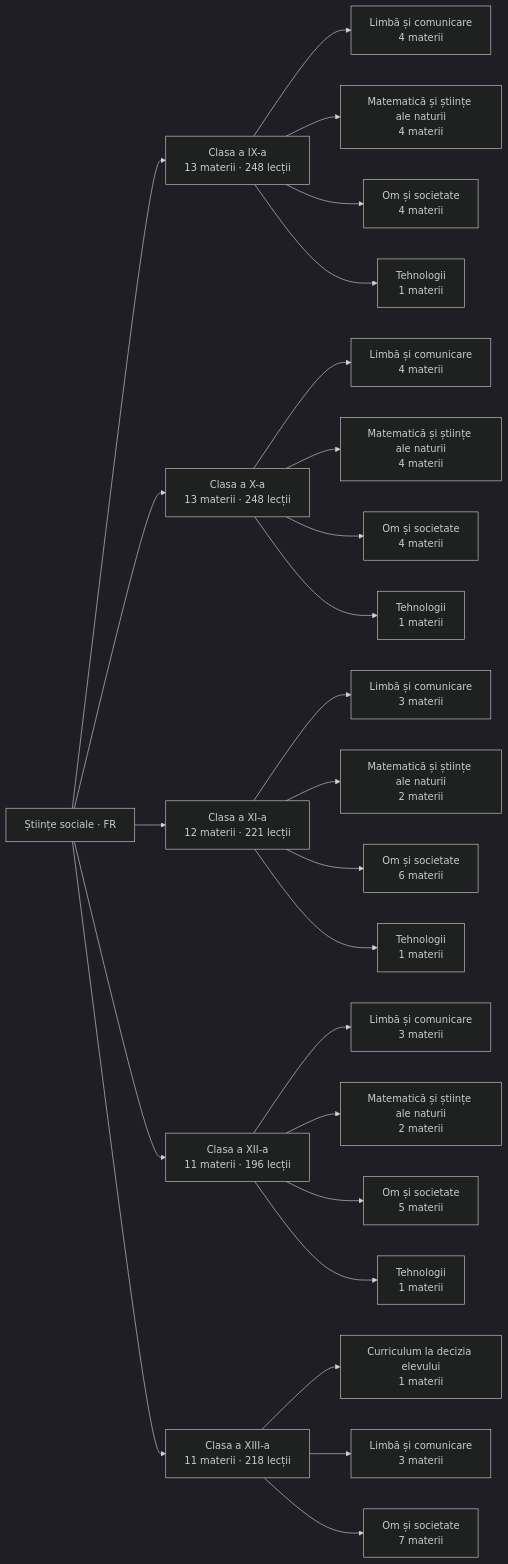
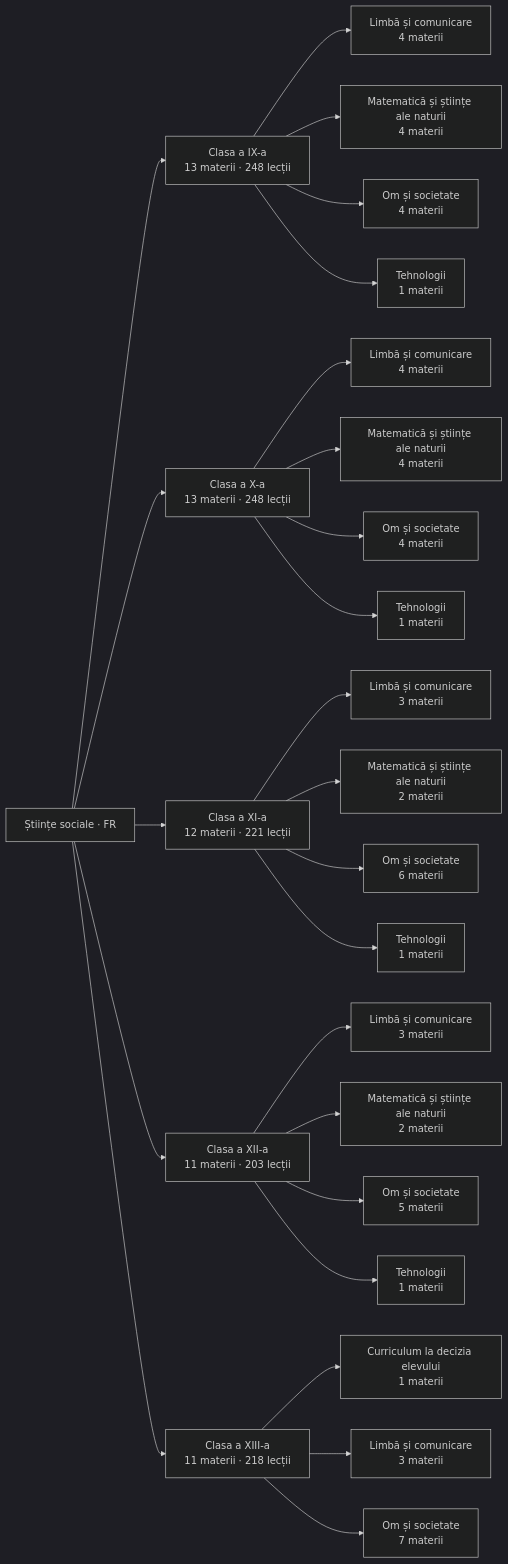
One commit to almeueste777-ops/Stiinte01 changed the diagram in vault/Hartă de învățare.md. Above: the diagram before and after it, drawn with Mermaid (dark theme). The commit also changed other lines of this file and 21 other files, not shown here.

Commit message:
Graphify: regenerez vault-ul Obsidian din date

````diff
--- a/vault/Hartă de învățare.md
+++ b/vault/Hartă de învățare.md
@@ -10,52 +10,52 @@
 ```mermaid
 graph LR
   P["Științe sociale · FR"]
   C0["Clasa a IX-a<br/>13 materii · 248 lecții"]
   P --> C0
   A0_0["Limbă și comunicare<br/>4 materii"]
   C0 --> A0_0
   A0_1["Matematică și științe ale naturii<br/>4 materii"]
   C0 --> A0_1
   A0_2["Om și societate<br/>4 materii"]
   C0 --> A0_2
   A0_3["Tehnologii<br/>1 materii"]
   C0 --> A0_3
   C1["Clasa a X-a<br/>13 materii · 248 lecții"]
   P --> C1
   A1_0["Limbă și comunicare<br/>4 materii"]
   C1 --> A1_0
   A1_1["Matematică și științe ale naturii<br/>4 materii"]
   C1 --> A1_1
   A1_2["Om și societate<br/>4 materii"]
   C1 --> A1_2
   A1_3["Tehnologii<br/>1 materii"]
   C1 --> A1_3
   C2["Clasa a XI-a<br/>12 materii · 221 lecții"]
   P --> C2
   A2_0["Limbă și comunicare<br/>3 materii"]
   C2 --> A2_0
   A2_1["Matematică și științe ale naturii<br/>2 materii"]
   C2 --> A2_1
   A2_2["Om și societate<br/>6 materii"]
   C2 --> A2_2
   A2_3["Tehnologii<br/>1 materii"]
   C2 --> A2_3
-  C3["Clasa a XII-a<br/>11 materii · 196 lecții"]
+  C3["Clasa a XII-a<br/>11 materii · 203 lecții"]
   P --> C3
   A3_0["Limbă și comunicare<br/>3 materii"]
   C3 --> A3_0
   A3_1["Matematică și științe ale naturii<br/>2 materii"]
   C3 --> A3_1
   A3_2["Om și societate<br/>5 materii"]
   C3 --> A3_2
   A3_3["Tehnologii<br/>1 materii"]
   C3 --> A3_3
   C4["Clasa a XIII-a<br/>11 materii · 218 lecții"]
   P --> C4
   A4_0["Curriculum la decizia elevului<br/>1 materii"]
   C4 --> A4_0
   A4_1["Limbă și comunicare<br/>3 materii"]
   C4 --> A4_1
   A4_2["Om și societate<br/>7 materii"]
   C4 --> A4_2
 ```
````
